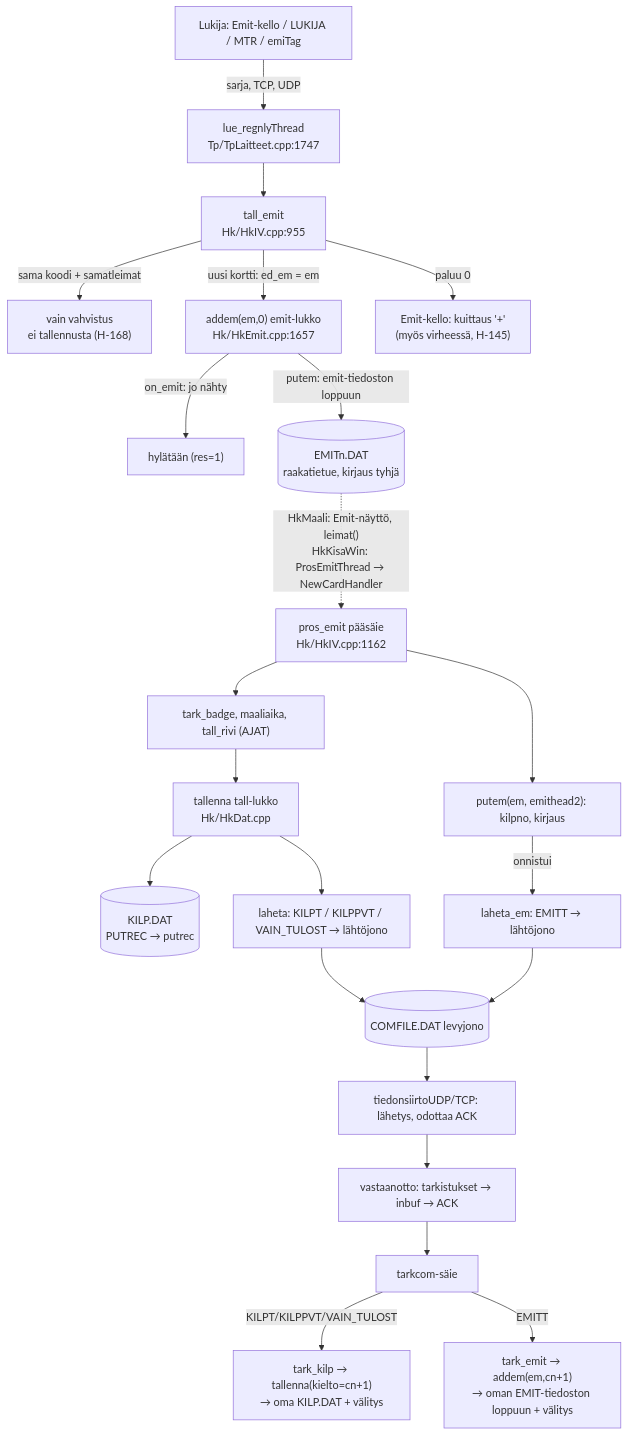
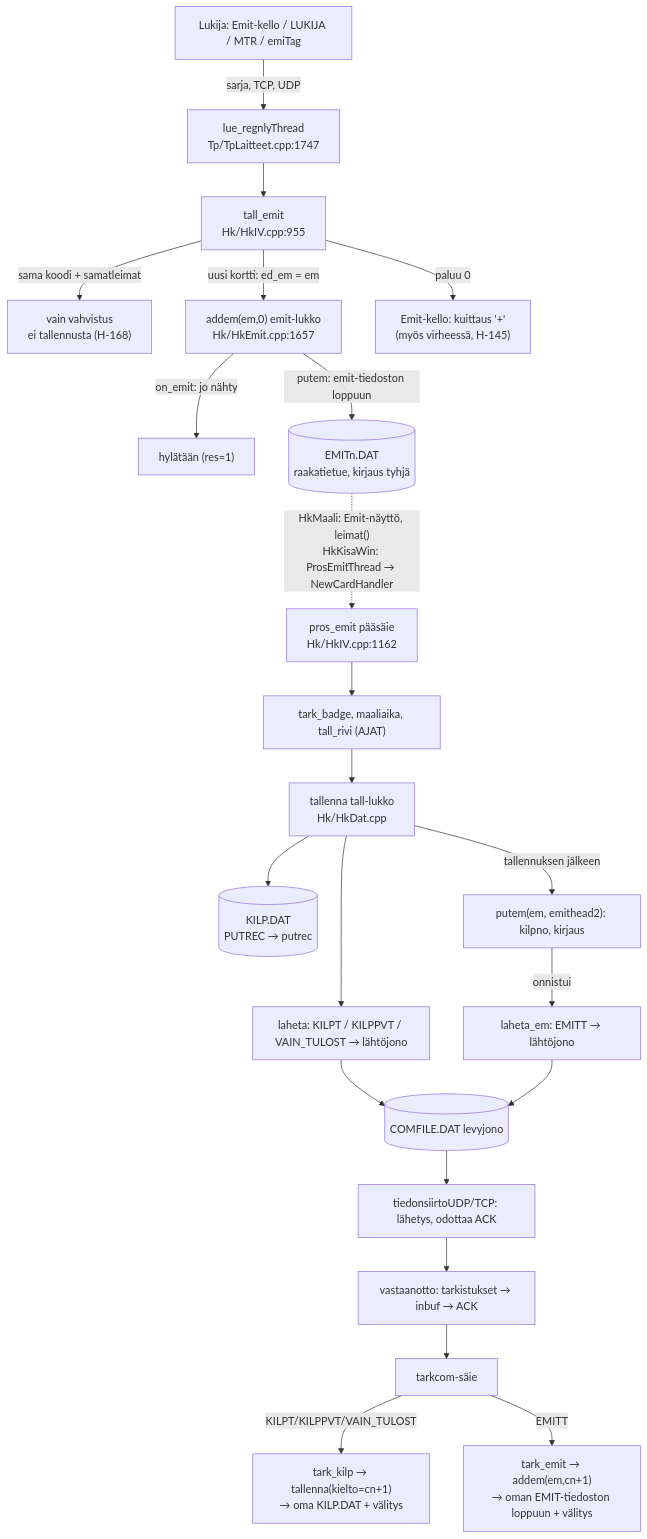
The diagram in doc/tietopohja/kasikirja/aineisto/emit-luenta.md (PirilaTP/tulospalvelu), drawn with Mermaid before and after one commit. The commit also changed other lines of this file and 32 other files, not shown here.

````diff
--- a/doc/tietopohja/kasikirja/aineisto/emit-luenta.md
+++ b/doc/tietopohja/kasikirja/aineisto/emit-luenta.md
@@ -202,24 +204,24 @@
 ```mermaid
 flowchart TD
   L["Lukija: Emit-kello / LUKIJA / MTR / emiTag"] -->|"sarja, TCP, UDP"| T1["lue_regnlyThread<br/>Tp/TpLaitteet.cpp:1747"]
   T1 --> TE["tall_emit<br/>Hk/HkIV.cpp:955"]
   TE -->|"sama koodi + samatleimat"| VAHV["vain vahvistus<br/>ei tallennusta (H-168)"]
   TE -->|"uusi kortti: ed_em = em"| AD["addem(em,0) emit-lukko<br/>Hk/HkEmit.cpp:1657"]
   AD -->|"on_emit: jo nähty"| HYL["hylätään (res=1)"]
   AD -->|"putem: emit-tiedoston loppuun"| EF[("EMITn.DAT<br/>raakatietue, kirjaus tyhjä")]
   TE -->|"paluu 0"| ACK["Emit-kello: kuittaus '+'<br/>(myös virheessä, H-145)"]
   EF -.->|"HkMaali: Emit-näyttö, leimat()<br/>HkKisaWin: ProsEmitThread → NewCardHandler"| PE["pros_emit pääsäie<br/>Hk/HkIV.cpp:1162"]
   PE --> TB["tark_badge, maaliaika, tall_rivi (AJAT)"]
   TB --> TL["tallenna tall-lukko<br/>Hk/HkDat.cpp"]
   TL --> KD[("KILP.DAT<br/>PUTREC → putrec")]
   TL --> Q1["laheta: KILPT / KILPPVT / VAIN_TULOST → lähtöjono"]
-  PE --> PU["putem(em, emithead2): kilpno, kirjaus"]
+  TL -->|"tallennuksen jälkeen"| PU["putem(em, emithead2): kilpno, kirjaus"]
   PU -->|"onnistui"| Q2["laheta_em: EMITT → lähtöjono"]
   Q1 --> CF[("COMFILE.DAT levyjono")]
   Q2 --> CF
   CF --> TX["tiedonsiirtoUDP/TCP: lähetys, odottaa ACK"]
   TX --> RX["vastaanotto: tarkistukset → inbuf → ACK"]
   RX --> TC["tarkcom-säie"]
   TC -->|"KILPT/KILPPVT/VAIN_TULOST"| RK["tark_kilp → tallenna(kielto=cn+1)<br/>→ oma KILP.DAT + välitys"]
   TC -->|"EMITT"| RE["tark_emit → addem(em,cn+1)<br/>→ oman EMIT-tiedoston loppuun + välitys"]
 ```
````
